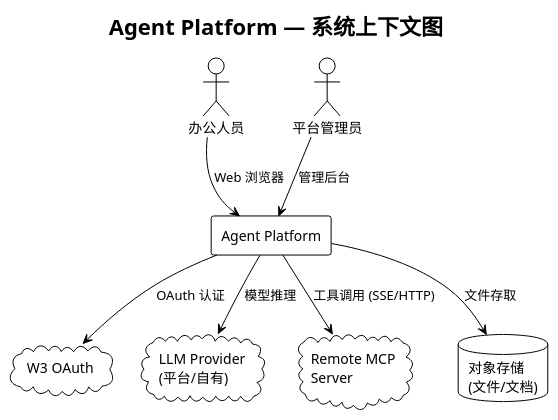
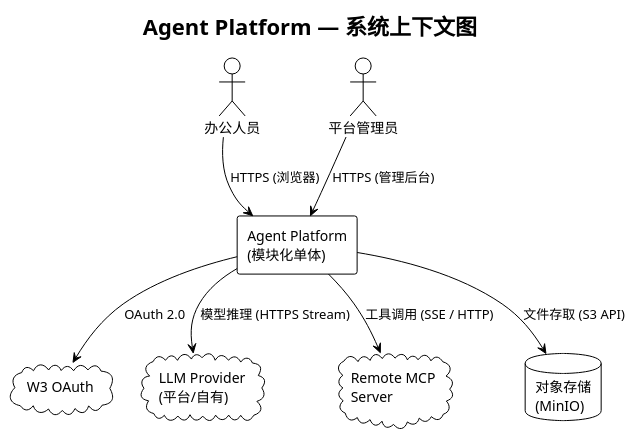
Before and after one commit to SkarnerV/web-agent: the second of 8 diagrams in .Ds-Spec/specs/agent-platform/design.md, drawn with PlantUML. The commit also changed other lines of this file and 61 other files, not shown here.

````diff
--- a/.Ds-Spec/specs/agent-platform/design.md
+++ b/.Ds-Spec/specs/agent-platform/design.md
@@ -51,26 +280,26 @@
 ```plantuml
 @startuml C4_Context
 !theme plain
 
 title Agent Platform — 系统上下文图
 
 actor "办公人员" as User
 actor "平台管理员" as Admin
 
-rectangle "Agent Platform" as AP {
+rectangle "Agent Platform\n(模块化单体)" as AP {
 }
 
 cloud "W3 OAuth" as W3
 cloud "LLM Provider\n(平台/自有)" as LLM
 cloud "Remote MCP\nServer" as MCP
-database "对象存储\n(文件/文档)" as OSS
+database "对象存储\n(MinIO)" as OSS
 
-User --> AP : Web 浏览器
-Admin --> AP : 管理后台
-AP --> W3 : OAuth 认证
-AP --> LLM : 模型推理
-AP --> MCP : 工具调用 (SSE/HTTP)
-AP --> OSS : 文件存取
+User --> AP : HTTPS (浏览器)
+Admin --> AP : HTTPS (管理后台)
+AP --> W3 : OAuth 2.0
+AP --> LLM : 模型推理 (HTTPS Stream)
+AP --> MCP : 工具调用 (SSE / HTTP)
+AP --> OSS : 文件存取 (S3 API)
 
 @enduml
 ```
````
